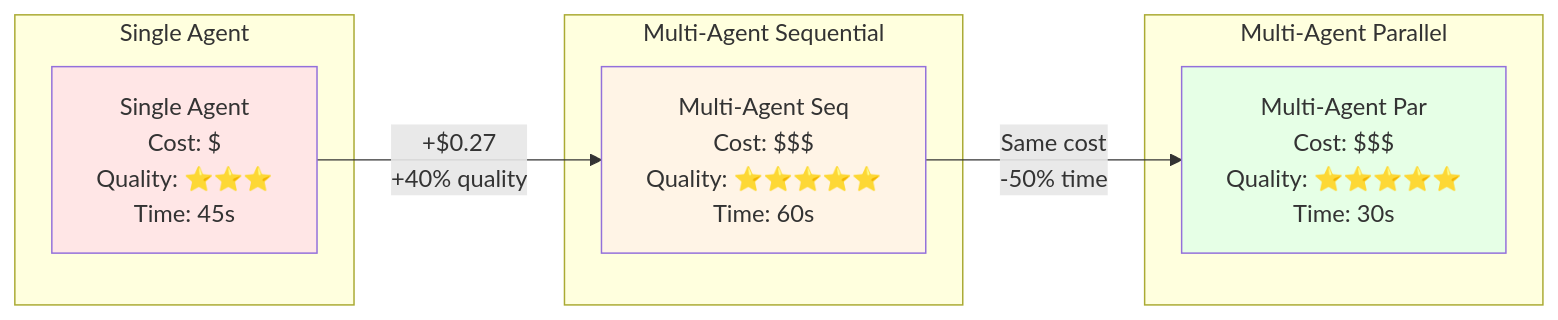
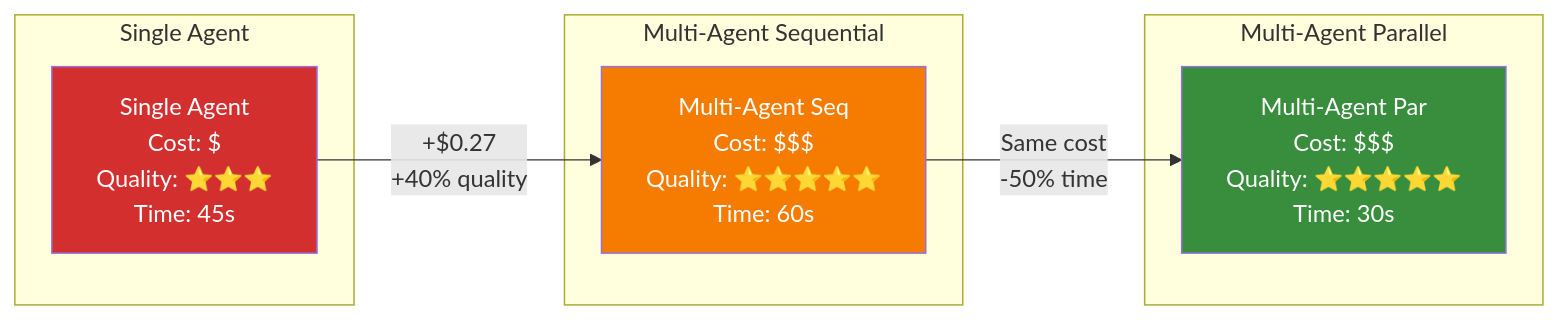
Before and after one commit to EideticPleroma/tutorials: the fifth of 5 diagrams in lesson-2-multi-agent/tutorial-2/concepts/multi-agent-architecture.md, drawn with Mermaid. The commit also changed other lines of this file and 19 other files, not shown here.

````diff
--- a/lesson-2-multi-agent/tutorial-2/concepts/multi-agent-architecture.md
+++ b/lesson-2-multi-agent/tutorial-2/concepts/multi-agent-architecture.md
@@ -234,21 +314,21 @@
 ```mermaid
 graph LR
     subgraph "Single Agent"
         SA[Single Agent<br/>Cost: $<br/>Quality: ⭐⭐⭐<br/>Time: 45s]
     end
     
     subgraph "Multi-Agent Sequential"
         MS[Multi-Agent Seq<br/>Cost: $$$<br/>Quality: ⭐⭐⭐⭐⭐<br/>Time: 60s]
     end
     
     subgraph "Multi-Agent Parallel"
         MP[Multi-Agent Par<br/>Cost: $$$<br/>Quality: ⭐⭐⭐⭐⭐<br/>Time: 30s]
     end
     
     SA -->|+$0.27<br/>+40% quality| MS
     MS -->|Same cost<br/>-50% time| MP
     
-    style SA fill:#FFE6E6
-    style MS fill:#FFF4E6
-    style MP fill:#E6FFE6
+    style SA fill:#D32F2F,color:#FFFFFF
+    style MS fill:#F57C00,color:#FFFFFF
+    style MP fill:#388E3C,color:#FFFFFF
 ```
````
